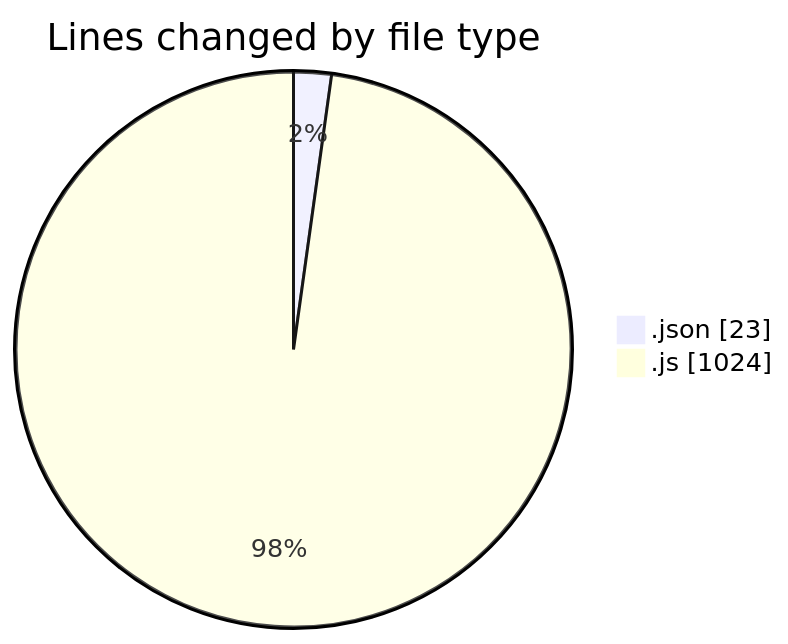
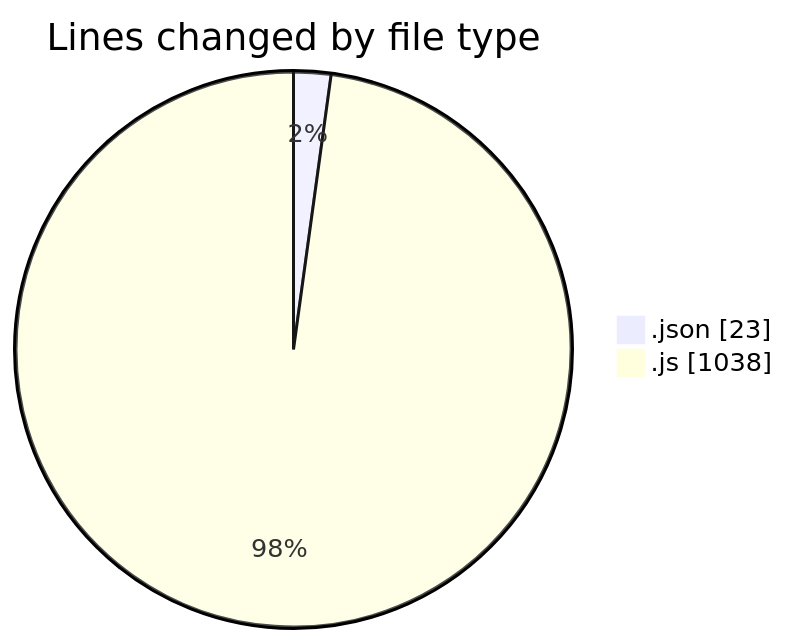
The first of 2 diagrams in 2025-04-01/jsvms/README.md (BS-eng2023/code-tracking), drawn with Mermaid before and after one commit. The commit also changed other lines of this file and 1 other file, not shown here.

````diff
--- a/2025-04-01/jsvms/README.md
+++ b/2025-04-01/jsvms/README.md
@@ -36,6 +36,6 @@
 ```mermaid
 pie showData
 title Lines changed by file type
 ".json" : 23
-".js" : 1024
+".js" : 1038
 ```
````
